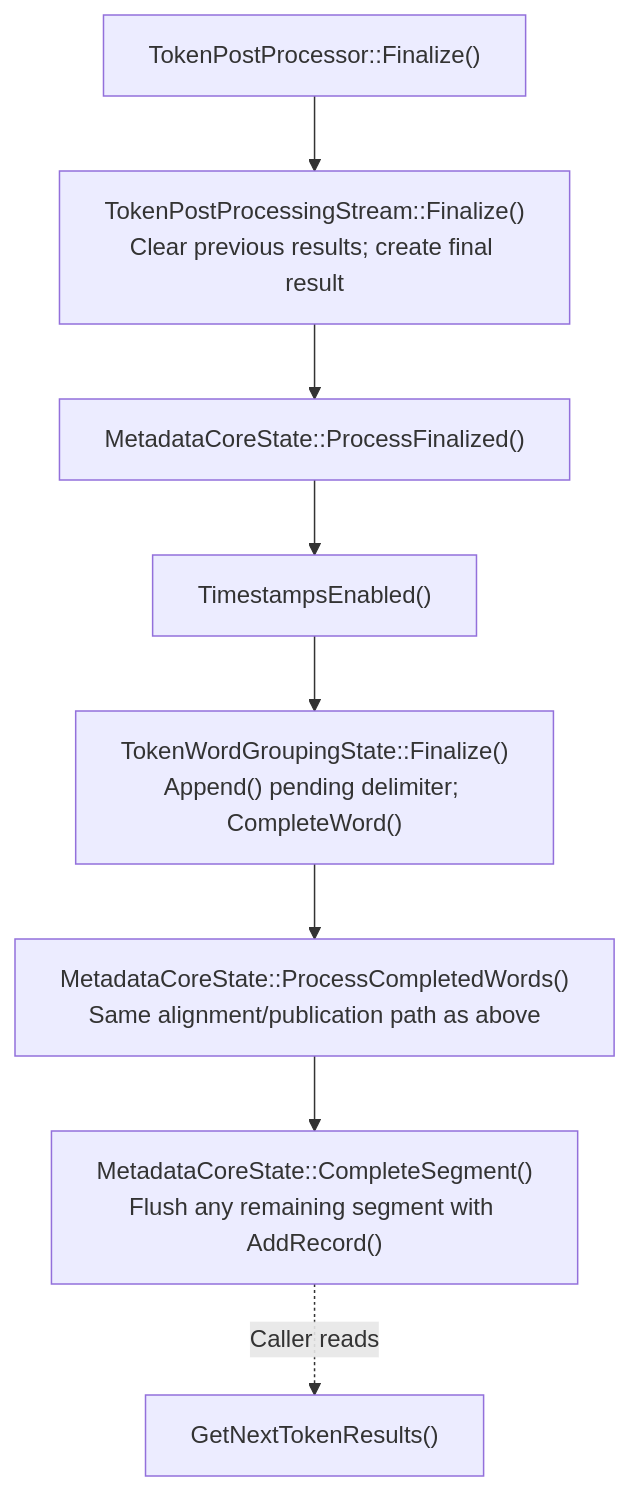
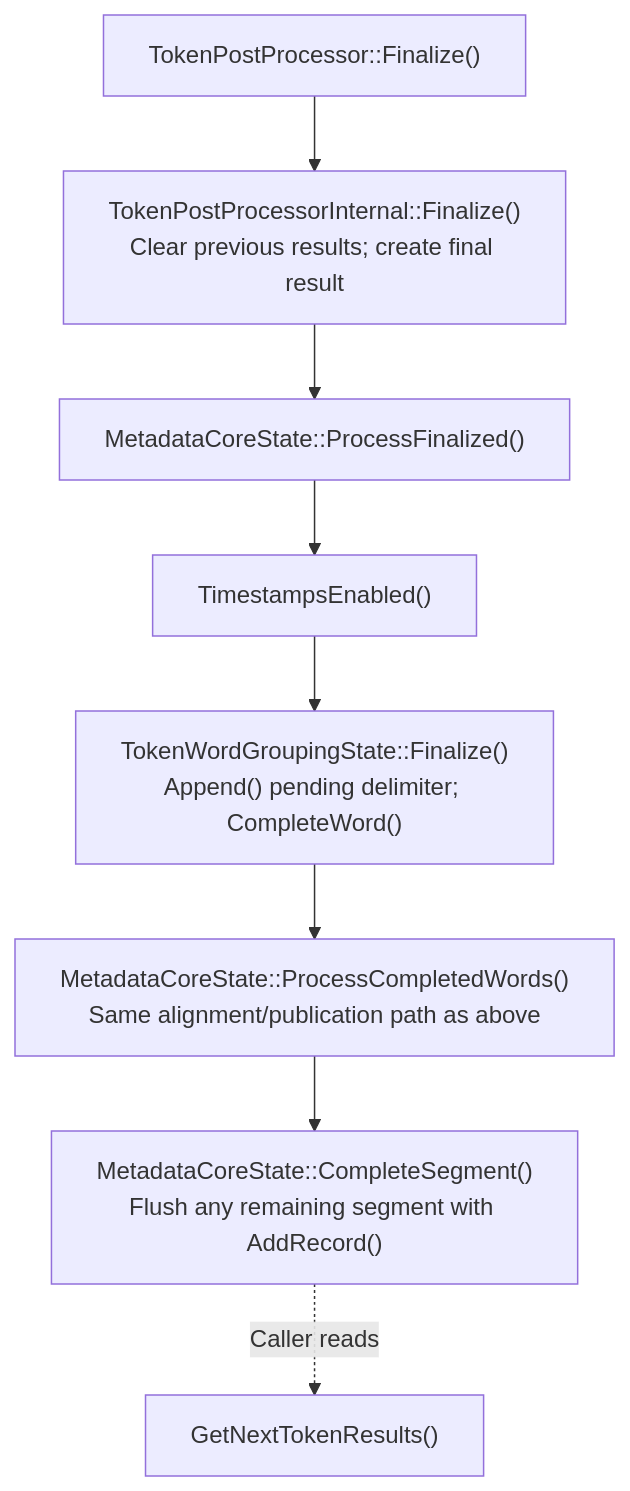
The second of 2 diagrams in docs/metadata_decode.md (microsoft/onnxruntime-genai), drawn with Mermaid before and after one commit. The commit also changed other lines of this file and 8 other files, not shown here.

Commit message:
Clarify internal token postprocessor and interval accessor names

````diff
--- a/docs/metadata_decode.md
+++ b/docs/metadata_decode.md
@@ -169,10 +169,10 @@
 ```mermaid
 flowchart TD
-  finalize["TokenPostProcessor::Finalize()"] --> stream["TokenPostProcessingStream::Finalize()<br/>Clear previous results; create final result"]
+  finalize["TokenPostProcessor::Finalize()"] --> stream["TokenPostProcessorInternal::Finalize()<br/>Clear previous results; create final result"]
   stream --> state["MetadataCoreState::ProcessFinalized()"]
   state --> enabled["TimestampsEnabled()"]
   enabled --> group["TokenWordGroupingState::Finalize()<br/>Append() pending delimiter; CompleteWord()"]
   group --> words["MetadataCoreState::ProcessCompletedWords()<br/>Same alignment/publication path as above"]
   words --> segment["MetadataCoreState::CompleteSegment()<br/>Flush any remaining segment with AddRecord()"]
   segment -.->|Caller reads| results["GetNextTokenResults()"]
 ```
````
